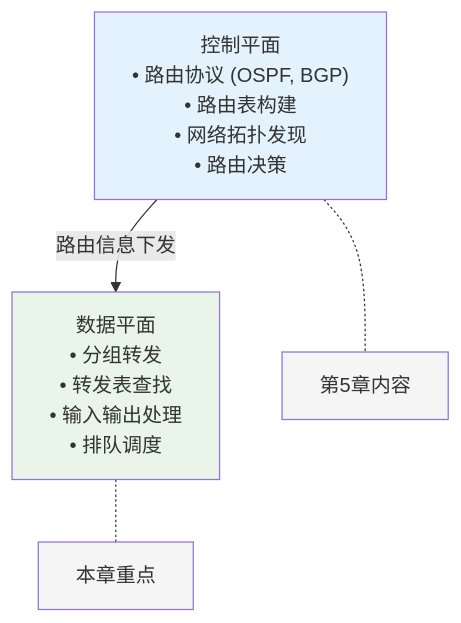
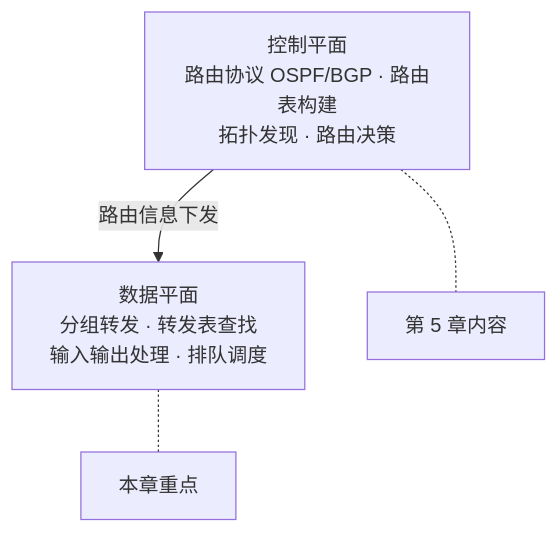
Before and after one commit to Dtheme/CS-base: the first of 5 diagrams in 计算机网络/4.2网络层：路由器体系结构.md, drawn with Mermaid. The commit also changed other lines of this file and 51 other files, not shown here.

````diff
--- a/计算机网络/4.2网络层：路由器体系结构.md
+++ b/计算机网络/4.2网络层：路由器体系结构.md
@@ -40,12 +40,6 @@
 ```mermaid
 graph TD
-    A["控制平面<br/>• 路由协议 (OSPF, BGP)<br/>• 路由表构建<br/>• 网络拓扑发现<br/>• 路由决策"] --> |路由信息下发| B["数据平面<br/>• 分组转发<br/>• 转发表查找<br/>• 输入输出处理<br/>• 排队调度"]
-    
-    A -.- C["第5章内容"]
+    A["控制平面<br/>路由协议 OSPF/BGP · 路由表构建<br/>拓扑发现 · 路由决策"] -->|路由信息下发| B["数据平面<br/>分组转发 · 转发表查找<br/>输入输出处理 · 排队调度"]
+    A -.- C["第 5 章内容"]
     B -.- D["本章重点"]
-    
-    style A fill:#e3f2fd,color:#333
-    style B fill:#e8f5e8,color:#333
-    style C fill:#f5f5f5,color:#333
-    style D fill:#f5f5f5,color:#333
 ```
````
